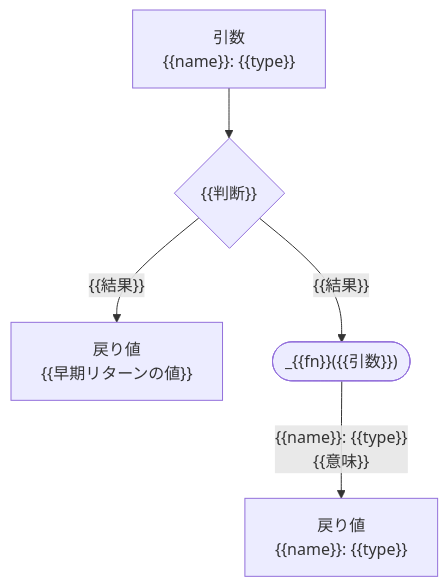
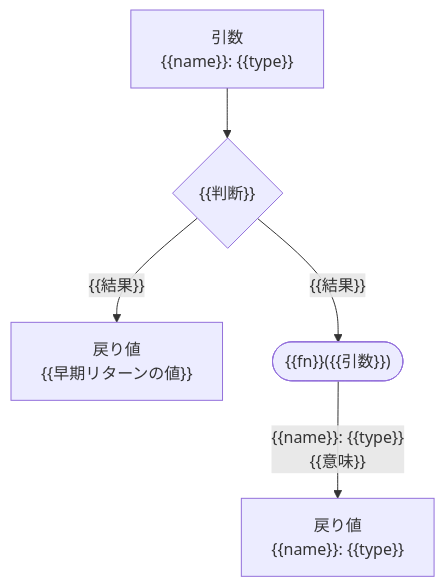
One commit to Yokochi513/Tsukena changed the second of 2 diagrams in .claude/skills/generate-module-design/templates/function_module.md. Above: the diagram before and after it, drawn with Mermaid. The commit also changed other lines of this file and 11 other files, not shown here.

````diff
--- a/.claude/skills/generate-module-design/templates/function_module.md
+++ b/.claude/skills/generate-module-design/templates/function_module.md
@@ -116,8 +120,8 @@
 ```mermaid
 flowchart TD
     IN["引数<br/>{{name}}: {{type}}"]
     IN --> CK{"{{判断}}"}
     CK -->|"{{結果}}"| OUT1["戻り値<br/>{{早期リターンの値}}"]
-    CK -->|"{{結果}}"| CALL(["_{{fn}}({{引数}})"])
+    CK -->|"{{結果}}"| CALL(["{{fn}}({{引数}})"])
     CALL -->|"{{name}}: {{type}}<br/>{{意味}}"| OUT["戻り値<br/>{{name}}: {{type}}"]
 ```
````
